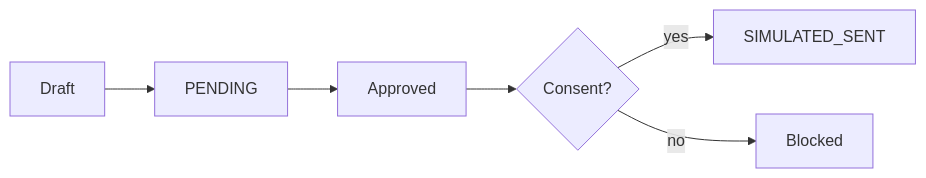
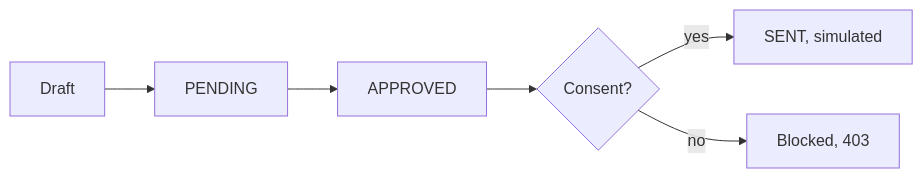
One commit to aryanc381/saathi-from-scratch changed the fifth of 7 diagrams in README.md. Above: the diagram before and after it, drawn with Mermaid. The commit also changed other lines of this file, not shown here.

````diff
--- a/README.md
+++ b/README.md
@@ -90,6 +118,6 @@
 ```mermaid
 flowchart LR
-    D["Draft"] --> PEND["PENDING"] --> AP["Approved"] --> C{"Consent?"}
-    C -->|yes| S["SIMULATED_SENT"]
-    C -->|no| B["Blocked"]
+    D["Draft"] --> PEND["PENDING"] --> AP["APPROVED"] --> C{"Consent?"}
+    C -->|yes| S["SENT, simulated"]
+    C -->|no| B["Blocked, 403"]
 ```
````
